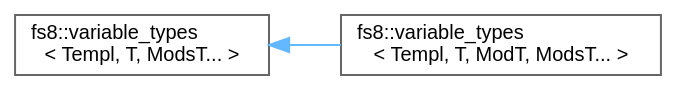
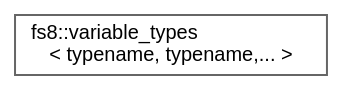
One commit to the-moisrex/foresight changed the diagram in api/inherit_graph_138.dot. Above: the diagram before and after it, drawn with Graphviz. The commit also changed 201 other files, not shown here.

```diff
--- a/api/inherit_graph_138.dot
+++ b/api/inherit_graph_138.dot
@@ -1,11 +1,9 @@
 digraph "Graphical Class Hierarchy"
 {
  // LATEX_PDF_SIZE
   bgcolor="transparent";
   edge [fontname=Helvetica,fontsize=10,labelfontname=Helvetica,labelfontsize=10];
   node [fontname=Helvetica,fontsize=10,shape=box,height=0.2,width=0.4];
   rankdir="LR";
-  Node0 [id="Node000000",label="fs8::variable_types\l\< Templ, T, ModsT... \>",height=0.2,width=0.4,color="grey40", fillcolor="white", style="filled",URL="$structfs8_1_1variable__types.html",tooltip=" "];
-  Node0 -> Node1 [id="edge132_Node000000_Node000001",dir="back",color="steelblue1",style="solid",tooltip=" "];
-  Node1 [id="Node000001",label="fs8::variable_types\l\< Templ, T, ModT, ModsT... \>",height=0.2,width=0.4,color="grey40", fillcolor="white", style="filled",URL="$structfs8_1_1variable__types_3_01Templ_00_01T_00_01ModT_00_01ModsT_8_8_8_01_4.html",tooltip=" "];
+  Node0 [id="Node000000",label="fs8::variable_types\l\< typename, typename,... \>",height=0.2,width=0.4,color="grey40", fillcolor="white", style="filled",URL="$structfs8_1_1variable__types.html",tooltip=" "];
 }
```
